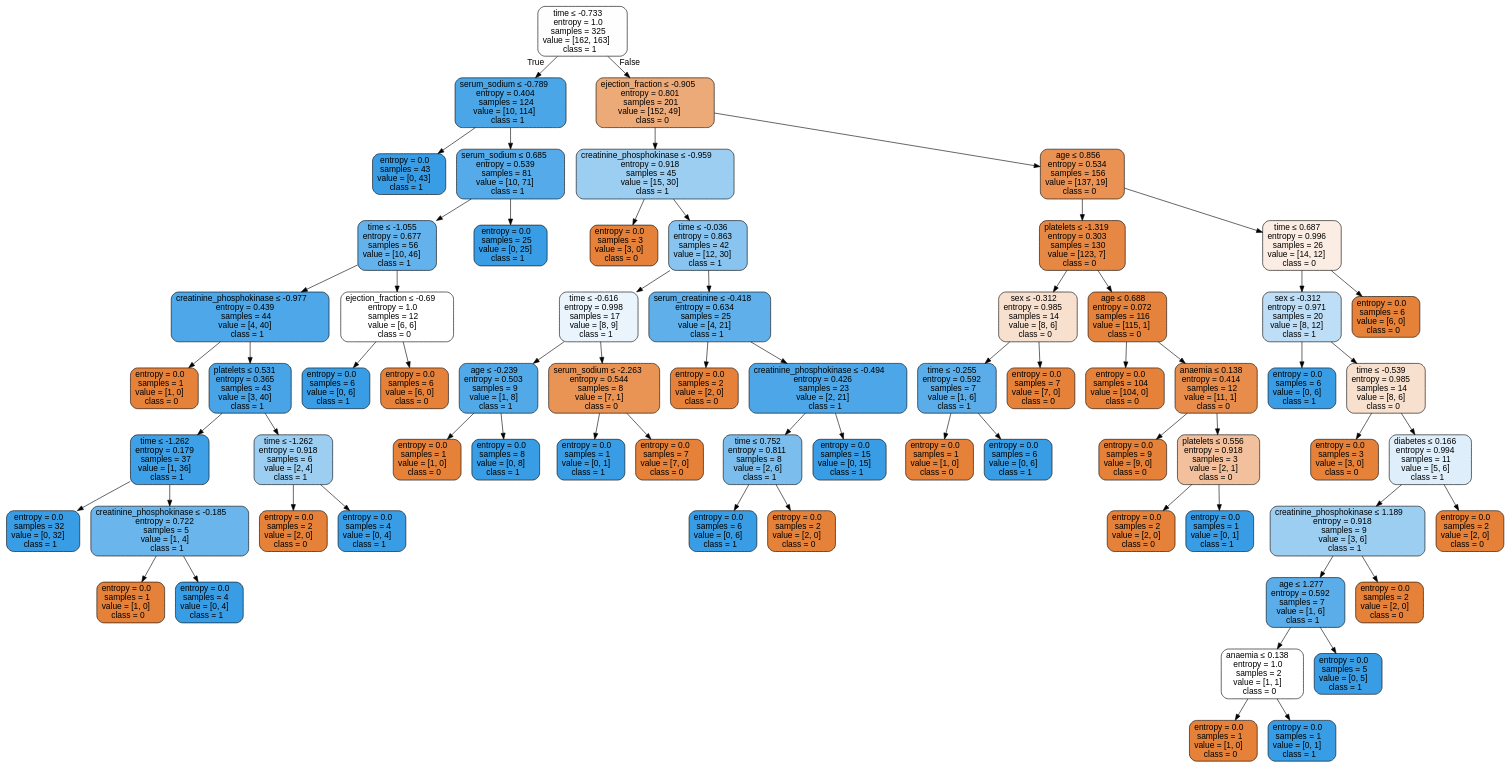
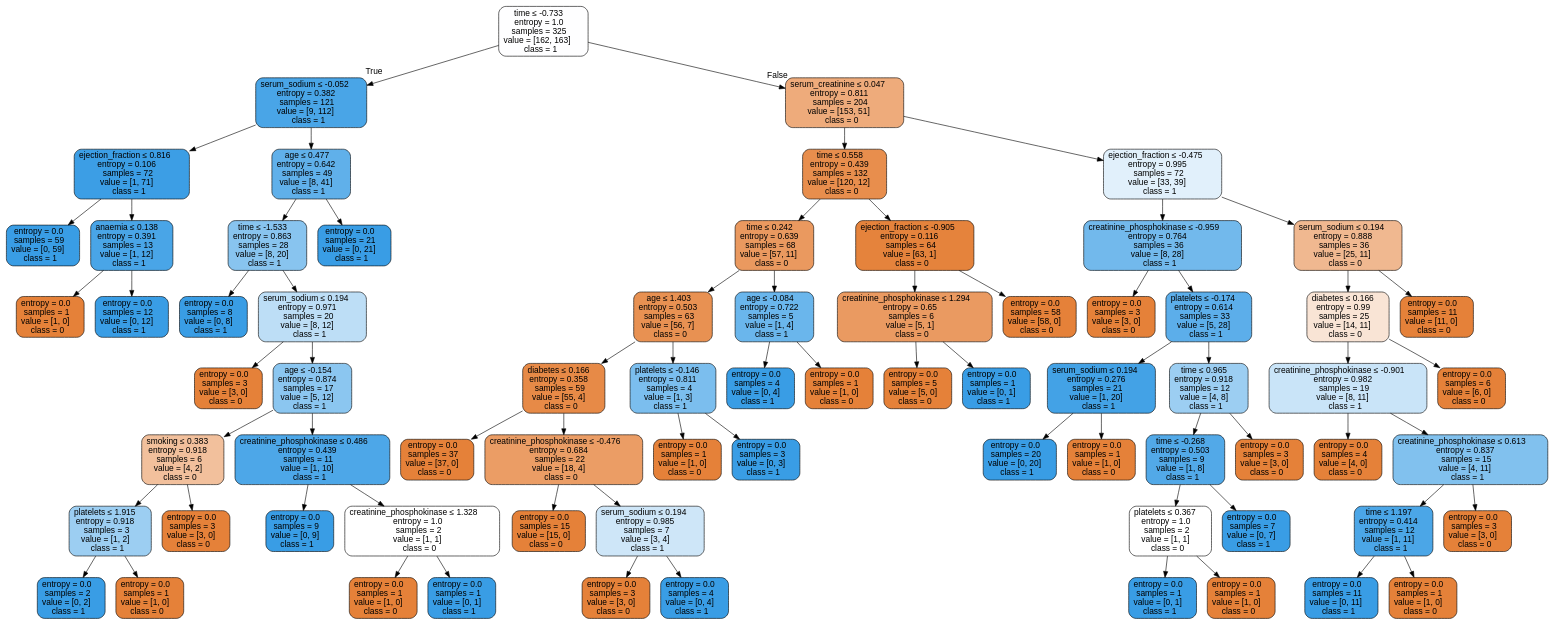
The diagram in Labs/Results/DecisionTrees/OverSample/HFCR - OverSample - dtree.dot (isabelSoares/CD-2021), drawn with Graphviz before and after one commit. The commit also changed 43 other files, not shown here.

```diff
--- a/Labs/Results/DecisionTrees/OverSample/HFCR - OverSample - dtree.dot
+++ b/Labs/Results/DecisionTrees/OverSample/HFCR - OverSample - dtree.dot
@@ -2,136 +2,144 @@
 node [shape=box, style="filled, rounded", color="black", fontname=helvetica] ;
 edge [fontname=helvetica] ;
 0 [label=<time &le; -0.733<br/>entropy = 1.0<br/>samples = 325<br/>value = [162, 163]<br/>class = 1>, fillcolor="#fefeff"] ;
-1 [label=<serum_sodium &le; -0.789<br/>entropy = 0.404<br/>samples = 124<br/>value = [10, 114]<br/>class = 1>, fillcolor="#4aa6e7"] ;
+1 [label=<serum_sodium &le; -0.052<br/>entropy = 0.382<br/>samples = 121<br/>value = [9, 112]<br/>class = 1>, fillcolor="#49a5e7"] ;
 0 -> 1 [labeldistance=2.5, labelangle=45, headlabel="True"] ;
-2 [label=<entropy = 0.0<br/>samples = 43<br/>value = [0, 43]<br/>class = 1>, fillcolor="#399de5"] ;
+2 [label=<ejection_fraction &le; 0.816<br/>entropy = 0.106<br/>samples = 72<br/>value = [1, 71]<br/>class = 1>, fillcolor="#3c9ee5"] ;
 1 -> 2 ;
-3 [label=<serum_sodium &le; 0.685<br/>entropy = 0.539<br/>samples = 81<br/>value = [10, 71]<br/>class = 1>, fillcolor="#55abe9"] ;
-1 -> 3 ;
-4 [label=<time &le; -1.055<br/>entropy = 0.677<br/>samples = 56<br/>value = [10, 46]<br/>class = 1>, fillcolor="#64b2eb"] ;
-3 -> 4 ;
-5 [label=<creatinine_phosphokinase &le; -0.977<br/>entropy = 0.439<br/>samples = 44<br/>value = [4, 40]<br/>class = 1>, fillcolor="#4da7e8"] ;
+3 [label=<entropy = 0.0<br/>samples = 59<br/>value = [0, 59]<br/>class = 1>, fillcolor="#399de5"] ;
+2 -> 3 ;
+4 [label=<anaemia &le; 0.138<br/>entropy = 0.391<br/>samples = 13<br/>value = [1, 12]<br/>class = 1>, fillcolor="#49a5e7"] ;
+2 -> 4 ;
+5 [label=<entropy = 0.0<br/>samples = 1<br/>value = [1, 0]<br/>class = 0>, fillcolor="#e58139"] ;
 4 -> 5 ;
-6 [label=<entropy = 0.0<br/>samples = 1<br/>value = [1, 0]<br/>class = 0>, fillcolor="#e58139"] ;
-5 -> 6 ;
-7 [label=<platelets &le; 0.531<br/>entropy = 0.365<br/>samples = 43<br/>value = [3, 40]<br/>class = 1>, fillcolor="#48a4e7"] ;
-5 -> 7 ;
-8 [label=<time &le; -1.262<br/>entropy = 0.179<br/>samples = 37<br/>value = [1, 36]<br/>class = 1>, fillcolor="#3ea0e6"] ;
+6 [label=<entropy = 0.0<br/>samples = 12<br/>value = [0, 12]<br/>class = 1>, fillcolor="#399de5"] ;
+4 -> 6 ;
+7 [label=<age &le; 0.477<br/>entropy = 0.642<br/>samples = 49<br/>value = [8, 41]<br/>class = 1>, fillcolor="#60b0ea"] ;
+1 -> 7 ;
+8 [label=<time &le; -1.533<br/>entropy = 0.863<br/>samples = 28<br/>value = [8, 20]<br/>class = 1>, fillcolor="#88c4ef"] ;
 7 -> 8 ;
-9 [label=<entropy = 0.0<br/>samples = 32<br/>value = [0, 32]<br/>class = 1>, fillcolor="#399de5"] ;
+9 [label=<entropy = 0.0<br/>samples = 8<br/>value = [0, 8]<br/>class = 1>, fillcolor="#399de5"] ;
 8 -> 9 ;
-10 [label=<creatinine_phosphokinase &le; -0.185<br/>entropy = 0.722<br/>samples = 5<br/>value = [1, 4]<br/>class = 1>, fillcolor="#6ab6ec"] ;
+10 [label=<serum_sodium &le; 0.194<br/>entropy = 0.971<br/>samples = 20<br/>value = [8, 12]<br/>class = 1>, fillcolor="#bddef6"] ;
 8 -> 10 ;
-11 [label=<entropy = 0.0<br/>samples = 1<br/>value = [1, 0]<br/>class = 0>, fillcolor="#e58139"] ;
+11 [label=<entropy = 0.0<br/>samples = 3<br/>value = [3, 0]<br/>class = 0>, fillcolor="#e58139"] ;
 10 -> 11 ;
-12 [label=<entropy = 0.0<br/>samples = 4<br/>value = [0, 4]<br/>class = 1>, fillcolor="#399de5"] ;
+12 [label=<age &le; -0.154<br/>entropy = 0.874<br/>samples = 17<br/>value = [5, 12]<br/>class = 1>, fillcolor="#8bc6f0"] ;
 10 -> 12 ;
-13 [label=<time &le; -1.262<br/>entropy = 0.918<br/>samples = 6<br/>value = [2, 4]<br/>class = 1>, fillcolor="#9ccef2"] ;
-7 -> 13 ;
-14 [label=<entropy = 0.0<br/>samples = 2<br/>value = [2, 0]<br/>class = 0>, fillcolor="#e58139"] ;
+13 [label=<smoking &le; 0.383<br/>entropy = 0.918<br/>samples = 6<br/>value = [4, 2]<br/>class = 0>, fillcolor="#f2c09c"] ;
+12 -> 13 ;
+14 [label=<platelets &le; 1.915<br/>entropy = 0.918<br/>samples = 3<br/>value = [1, 2]<br/>class = 1>, fillcolor="#9ccef2"] ;
 13 -> 14 ;
-15 [label=<entropy = 0.0<br/>samples = 4<br/>value = [0, 4]<br/>class = 1>, fillcolor="#399de5"] ;
-13 -> 15 ;
-16 [label=<ejection_fraction &le; -0.69<br/>entropy = 1.0<br/>samples = 12<br/>value = [6, 6]<br/>class = 0>, fillcolor="#ffffff"] ;
-4 -> 16 ;
-17 [label=<entropy = 0.0<br/>samples = 6<br/>value = [0, 6]<br/>class = 1>, fillcolor="#399de5"] ;
-16 -> 17 ;
-18 [label=<entropy = 0.0<br/>samples = 6<br/>value = [6, 0]<br/>class = 0>, fillcolor="#e58139"] ;
-16 -> 18 ;
-19 [label=<entropy = 0.0<br/>samples = 25<br/>value = [0, 25]<br/>class = 1>, fillcolor="#399de5"] ;
-3 -> 19 ;
-20 [label=<ejection_fraction &le; -0.905<br/>entropy = 0.801<br/>samples = 201<br/>value = [152, 49]<br/>class = 0>, fillcolor="#edaa79"] ;
-0 -> 20 [labeldistance=2.5, labelangle=-45, headlabel="False"] ;
-21 [label=<creatinine_phosphokinase &le; -0.959<br/>entropy = 0.918<br/>samples = 45<br/>value = [15, 30]<br/>class = 1>, fillcolor="#9ccef2"] ;
+15 [label=<entropy = 0.0<br/>samples = 2<br/>value = [0, 2]<br/>class = 1>, fillcolor="#399de5"] ;
+14 -> 15 ;
+16 [label=<entropy = 0.0<br/>samples = 1<br/>value = [1, 0]<br/>class = 0>, fillcolor="#e58139"] ;
+14 -> 16 ;
+17 [label=<entropy = 0.0<br/>samples = 3<br/>value = [3, 0]<br/>class = 0>, fillcolor="#e58139"] ;
+13 -> 17 ;
+18 [label=<creatinine_phosphokinase &le; 0.486<br/>entropy = 0.439<br/>samples = 11<br/>value = [1, 10]<br/>class = 1>, fillcolor="#4da7e8"] ;
+12 -> 18 ;
+19 [label=<entropy = 0.0<br/>samples = 9<br/>value = [0, 9]<br/>class = 1>, fillcolor="#399de5"] ;
+18 -> 19 ;
+20 [label=<creatinine_phosphokinase &le; 1.328<br/>entropy = 1.0<br/>samples = 2<br/>value = [1, 1]<br/>class = 0>, fillcolor="#ffffff"] ;
+18 -> 20 ;
+21 [label=<entropy = 0.0<br/>samples = 1<br/>value = [1, 0]<br/>class = 0>, fillcolor="#e58139"] ;
 20 -> 21 ;
-22 [label=<entropy = 0.0<br/>samples = 3<br/>value = [3, 0]<br/>class = 0>, fillcolor="#e58139"] ;
-21 -> 22 ;
-23 [label=<time &le; -0.036<br/>entropy = 0.863<br/>samples = 42<br/>value = [12, 30]<br/>class = 1>, fillcolor="#88c4ef"] ;
-21 -> 23 ;
-24 [label=<time &le; -0.616<br/>entropy = 0.998<br/>samples = 17<br/>value = [8, 9]<br/>class = 1>, fillcolor="#e9f4fc"] ;
-23 -> 24 ;
-25 [label=<age &le; -0.239<br/>entropy = 0.503<br/>samples = 9<br/>value = [1, 8]<br/>class = 1>, fillcolor="#52a9e8"] ;
+22 [label=<entropy = 0.0<br/>samples = 1<br/>value = [0, 1]<br/>class = 1>, fillcolor="#399de5"] ;
+20 -> 22 ;
+23 [label=<entropy = 0.0<br/>samples = 21<br/>value = [0, 21]<br/>class = 1>, fillcolor="#399de5"] ;
+7 -> 23 ;
+24 [label=<serum_creatinine &le; 0.047<br/>entropy = 0.811<br/>samples = 204<br/>value = [153, 51]<br/>class = 0>, fillcolor="#eeab7b"] ;
+0 -> 24 [labeldistance=2.5, labelangle=-45, headlabel="False"] ;
+25 [label=<time &le; 0.558<br/>entropy = 0.439<br/>samples = 132<br/>value = [120, 12]<br/>class = 0>, fillcolor="#e88e4d"] ;
 24 -> 25 ;
-26 [label=<entropy = 0.0<br/>samples = 1<br/>value = [1, 0]<br/>class = 0>, fillcolor="#e58139"] ;
+26 [label=<time &le; 0.242<br/>entropy = 0.639<br/>samples = 68<br/>value = [57, 11]<br/>class = 0>, fillcolor="#ea995f"] ;
 25 -> 26 ;
-27 [label=<entropy = 0.0<br/>samples = 8<br/>value = [0, 8]<br/>class = 1>, fillcolor="#399de5"] ;
-25 -> 27 ;
-28 [label=<serum_sodium &le; -2.263<br/>entropy = 0.544<br/>samples = 8<br/>value = [7, 1]<br/>class = 0>, fillcolor="#e99355"] ;
-24 -> 28 ;
-29 [label=<entropy = 0.0<br/>samples = 1<br/>value = [0, 1]<br/>class = 1>, fillcolor="#399de5"] ;
+27 [label=<age &le; 1.403<br/>entropy = 0.503<br/>samples = 63<br/>value = [56, 7]<br/>class = 0>, fillcolor="#e89152"] ;
+26 -> 27 ;
+28 [label=<diabetes &le; 0.166<br/>entropy = 0.358<br/>samples = 59<br/>value = [55, 4]<br/>class = 0>, fillcolor="#e78a47"] ;
+27 -> 28 ;
+29 [label=<entropy = 0.0<br/>samples = 37<br/>value = [37, 0]<br/>class = 0>, fillcolor="#e58139"] ;
 28 -> 29 ;
-30 [label=<entropy = 0.0<br/>samples = 7<br/>value = [7, 0]<br/>class = 0>, fillcolor="#e58139"] ;
+30 [label=<creatinine_phosphokinase &le; -0.476<br/>entropy = 0.684<br/>samples = 22<br/>value = [18, 4]<br/>class = 0>, fillcolor="#eb9d65"] ;
 28 -> 30 ;
-31 [label=<serum_creatinine &le; -0.418<br/>entropy = 0.634<br/>samples = 25<br/>value = [4, 21]<br/>class = 1>, fillcolor="#5fb0ea"] ;
-23 -> 31 ;
-32 [label=<entropy = 0.0<br/>samples = 2<br/>value = [2, 0]<br/>class = 0>, fillcolor="#e58139"] ;
-31 -> 32 ;
-33 [label=<creatinine_phosphokinase &le; -0.494<br/>entropy = 0.426<br/>samples = 23<br/>value = [2, 21]<br/>class = 1>, fillcolor="#4ca6e7"] ;
-31 -> 33 ;
-34 [label=<time &le; 0.752<br/>entropy = 0.811<br/>samples = 8<br/>value = [2, 6]<br/>class = 1>, fillcolor="#7bbeee"] ;
-33 -> 34 ;
-35 [label=<entropy = 0.0<br/>samples = 6<br/>value = [0, 6]<br/>class = 1>, fillcolor="#399de5"] ;
-34 -> 35 ;
-36 [label=<entropy = 0.0<br/>samples = 2<br/>value = [2, 0]<br/>class = 0>, fillcolor="#e58139"] ;
-34 -> 36 ;
-37 [label=<entropy = 0.0<br/>samples = 15<br/>value = [0, 15]<br/>class = 1>, fillcolor="#399de5"] ;
-33 -> 37 ;
-38 [label=<age &le; 0.856<br/>entropy = 0.534<br/>samples = 156<br/>value = [137, 19]<br/>class = 0>, fillcolor="#e99254"] ;
-20 -> 38 ;
-39 [label=<platelets &le; -1.319<br/>entropy = 0.303<br/>samples = 130<br/>value = [123, 7]<br/>class = 0>, fillcolor="#e68844"] ;
+31 [label=<entropy = 0.0<br/>samples = 15<br/>value = [15, 0]<br/>class = 0>, fillcolor="#e58139"] ;
+30 -> 31 ;
+32 [label=<serum_sodium &le; 0.194<br/>entropy = 0.985<br/>samples = 7<br/>value = [3, 4]<br/>class = 1>, fillcolor="#cee6f8"] ;
+30 -> 32 ;
+33 [label=<entropy = 0.0<br/>samples = 3<br/>value = [3, 0]<br/>class = 0>, fillcolor="#e58139"] ;
+32 -> 33 ;
+34 [label=<entropy = 0.0<br/>samples = 4<br/>value = [0, 4]<br/>class = 1>, fillcolor="#399de5"] ;
+32 -> 34 ;
+35 [label=<platelets &le; -0.146<br/>entropy = 0.811<br/>samples = 4<br/>value = [1, 3]<br/>class = 1>, fillcolor="#7bbeee"] ;
+27 -> 35 ;
+36 [label=<entropy = 0.0<br/>samples = 1<br/>value = [1, 0]<br/>class = 0>, fillcolor="#e58139"] ;
+35 -> 36 ;
+37 [label=<entropy = 0.0<br/>samples = 3<br/>value = [0, 3]<br/>class = 1>, fillcolor="#399de5"] ;
+35 -> 37 ;
+38 [label=<age &le; -0.084<br/>entropy = 0.722<br/>samples = 5<br/>value = [1, 4]<br/>class = 1>, fillcolor="#6ab6ec"] ;
+26 -> 38 ;
+39 [label=<entropy = 0.0<br/>samples = 4<br/>value = [0, 4]<br/>class = 1>, fillcolor="#399de5"] ;
 38 -> 39 ;
-40 [label=<sex &le; -0.312<br/>entropy = 0.985<br/>samples = 14<br/>value = [8, 6]<br/>class = 0>, fillcolor="#f8e0ce"] ;
-39 -> 40 ;
-41 [label=<time &le; -0.255<br/>entropy = 0.592<br/>samples = 7<br/>value = [1, 6]<br/>class = 1>, fillcolor="#5aade9"] ;
-40 -> 41 ;
-42 [label=<entropy = 0.0<br/>samples = 1<br/>value = [1, 0]<br/>class = 0>, fillcolor="#e58139"] ;
+40 [label=<entropy = 0.0<br/>samples = 1<br/>value = [1, 0]<br/>class = 0>, fillcolor="#e58139"] ;
+38 -> 40 ;
+41 [label=<ejection_fraction &le; -0.905<br/>entropy = 0.116<br/>samples = 64<br/>value = [63, 1]<br/>class = 0>, fillcolor="#e5833c"] ;
+25 -> 41 ;
+42 [label=<creatinine_phosphokinase &le; 1.294<br/>entropy = 0.65<br/>samples = 6<br/>value = [5, 1]<br/>class = 0>, fillcolor="#ea9a61"] ;
 41 -> 42 ;
-43 [label=<entropy = 0.0<br/>samples = 6<br/>value = [0, 6]<br/>class = 1>, fillcolor="#399de5"] ;
-41 -> 43 ;
-44 [label=<entropy = 0.0<br/>samples = 7<br/>value = [7, 0]<br/>class = 0>, fillcolor="#e58139"] ;
-40 -> 44 ;
-45 [label=<age &le; 0.688<br/>entropy = 0.072<br/>samples = 116<br/>value = [115, 1]<br/>class = 0>, fillcolor="#e5823b"] ;
-39 -> 45 ;
-46 [label=<entropy = 0.0<br/>samples = 104<br/>value = [104, 0]<br/>class = 0>, fillcolor="#e58139"] ;
-45 -> 46 ;
-47 [label=<anaemia &le; 0.138<br/>entropy = 0.414<br/>samples = 12<br/>value = [11, 1]<br/>class = 0>, fillcolor="#e78c4b"] ;
-45 -> 47 ;
-48 [label=<entropy = 0.0<br/>samples = 9<br/>value = [9, 0]<br/>class = 0>, fillcolor="#e58139"] ;
+43 [label=<entropy = 0.0<br/>samples = 5<br/>value = [5, 0]<br/>class = 0>, fillcolor="#e58139"] ;
+42 -> 43 ;
+44 [label=<entropy = 0.0<br/>samples = 1<br/>value = [0, 1]<br/>class = 1>, fillcolor="#399de5"] ;
+42 -> 44 ;
+45 [label=<entropy = 0.0<br/>samples = 58<br/>value = [58, 0]<br/>class = 0>, fillcolor="#e58139"] ;
+41 -> 45 ;
+46 [label=<ejection_fraction &le; -0.475<br/>entropy = 0.995<br/>samples = 72<br/>value = [33, 39]<br/>class = 1>, fillcolor="#e1f0fb"] ;
+24 -> 46 ;
+47 [label=<creatinine_phosphokinase &le; -0.959<br/>entropy = 0.764<br/>samples = 36<br/>value = [8, 28]<br/>class = 1>, fillcolor="#72b9ec"] ;
+46 -> 47 ;
+48 [label=<entropy = 0.0<br/>samples = 3<br/>value = [3, 0]<br/>class = 0>, fillcolor="#e58139"] ;
 47 -> 48 ;
-49 [label=<platelets &le; 0.556<br/>entropy = 0.918<br/>samples = 3<br/>value = [2, 1]<br/>class = 0>, fillcolor="#f2c09c"] ;
+49 [label=<platelets &le; -0.174<br/>entropy = 0.614<br/>samples = 33<br/>value = [5, 28]<br/>class = 1>, fillcolor="#5caeea"] ;
 47 -> 49 ;
-50 [label=<entropy = 0.0<br/>samples = 2<br/>value = [2, 0]<br/>class = 0>, fillcolor="#e58139"] ;
+50 [label=<serum_sodium &le; 0.194<br/>entropy = 0.276<br/>samples = 21<br/>value = [1, 20]<br/>class = 1>, fillcolor="#43a2e6"] ;
 49 -> 50 ;
-51 [label=<entropy = 0.0<br/>samples = 1<br/>value = [0, 1]<br/>class = 1>, fillcolor="#399de5"] ;
-49 -> 51 ;
-52 [label=<time &le; 0.687<br/>entropy = 0.996<br/>samples = 26<br/>value = [14, 12]<br/>class = 0>, fillcolor="#fbede3"] ;
-38 -> 52 ;
-53 [label=<sex &le; -0.312<br/>entropy = 0.971<br/>samples = 20<br/>value = [8, 12]<br/>class = 1>, fillcolor="#bddef6"] ;
-52 -> 53 ;
-54 [label=<entropy = 0.0<br/>samples = 6<br/>value = [0, 6]<br/>class = 1>, fillcolor="#399de5"] ;
+51 [label=<entropy = 0.0<br/>samples = 20<br/>value = [0, 20]<br/>class = 1>, fillcolor="#399de5"] ;
+50 -> 51 ;
+52 [label=<entropy = 0.0<br/>samples = 1<br/>value = [1, 0]<br/>class = 0>, fillcolor="#e58139"] ;
+50 -> 52 ;
+53 [label=<time &le; 0.965<br/>entropy = 0.918<br/>samples = 12<br/>value = [4, 8]<br/>class = 1>, fillcolor="#9ccef2"] ;
+49 -> 53 ;
+54 [label=<time &le; -0.268<br/>entropy = 0.503<br/>samples = 9<br/>value = [1, 8]<br/>class = 1>, fillcolor="#52a9e8"] ;
 53 -> 54 ;
-55 [label=<time &le; -0.539<br/>entropy = 0.985<br/>samples = 14<br/>value = [8, 6]<br/>class = 0>, fillcolor="#f8e0ce"] ;
-53 -> 55 ;
-56 [label=<entropy = 0.0<br/>samples = 3<br/>value = [3, 0]<br/>class = 0>, fillcolor="#e58139"] ;
+55 [label=<platelets &le; 0.367<br/>entropy = 1.0<br/>samples = 2<br/>value = [1, 1]<br/>class = 0>, fillcolor="#ffffff"] ;
+54 -> 55 ;
+56 [label=<entropy = 0.0<br/>samples = 1<br/>value = [0, 1]<br/>class = 1>, fillcolor="#399de5"] ;
 55 -> 56 ;
-57 [label=<diabetes &le; 0.166<br/>entropy = 0.994<br/>samples = 11<br/>value = [5, 6]<br/>class = 1>, fillcolor="#deeffb"] ;
+57 [label=<entropy = 0.0<br/>samples = 1<br/>value = [1, 0]<br/>class = 0>, fillcolor="#e58139"] ;
 55 -> 57 ;
-58 [label=<creatinine_phosphokinase &le; 1.189<br/>entropy = 0.918<br/>samples = 9<br/>value = [3, 6]<br/>class = 1>, fillcolor="#9ccef2"] ;
-57 -> 58 ;
-59 [label=<age &le; 1.277<br/>entropy = 0.592<br/>samples = 7<br/>value = [1, 6]<br/>class = 1>, fillcolor="#5aade9"] ;
-58 -> 59 ;
-60 [label=<anaemia &le; 0.138<br/>entropy = 1.0<br/>samples = 2<br/>value = [1, 1]<br/>class = 0>, fillcolor="#ffffff"] ;
-59 -> 60 ;
-61 [label=<entropy = 0.0<br/>samples = 1<br/>value = [1, 0]<br/>class = 0>, fillcolor="#e58139"] ;
+58 [label=<entropy = 0.0<br/>samples = 7<br/>value = [0, 7]<br/>class = 1>, fillcolor="#399de5"] ;
+54 -> 58 ;
+59 [label=<entropy = 0.0<br/>samples = 3<br/>value = [3, 0]<br/>class = 0>, fillcolor="#e58139"] ;
+53 -> 59 ;
+60 [label=<serum_sodium &le; 0.194<br/>entropy = 0.888<br/>samples = 36<br/>value = [25, 11]<br/>class = 0>, fillcolor="#f0b890"] ;
+46 -> 60 ;
+61 [label=<diabetes &le; 0.166<br/>entropy = 0.99<br/>samples = 25<br/>value = [14, 11]<br/>class = 0>, fillcolor="#f9e4d5"] ;
 60 -> 61 ;
-62 [label=<entropy = 0.0<br/>samples = 1<br/>value = [0, 1]<br/>class = 1>, fillcolor="#399de5"] ;
-60 -> 62 ;
-63 [label=<entropy = 0.0<br/>samples = 5<br/>value = [0, 5]<br/>class = 1>, fillcolor="#399de5"] ;
-59 -> 63 ;
-64 [label=<entropy = 0.0<br/>samples = 2<br/>value = [2, 0]<br/>class = 0>, fillcolor="#e58139"] ;
-58 -> 64 ;
-65 [label=<entropy = 0.0<br/>samples = 2<br/>value = [2, 0]<br/>class = 0>, fillcolor="#e58139"] ;
-57 -> 65 ;
-66 [label=<entropy = 0.0<br/>samples = 6<br/>value = [6, 0]<br/>class = 0>, fillcolor="#e58139"] ;
-52 -> 66 ;
+62 [label=<creatinine_phosphokinase &le; -0.901<br/>entropy = 0.982<br/>samples = 19<br/>value = [8, 11]<br/>class = 1>, fillcolor="#c9e4f8"] ;
+61 -> 62 ;
+63 [label=<entropy = 0.0<br/>samples = 4<br/>value = [4, 0]<br/>class = 0>, fillcolor="#e58139"] ;
+62 -> 63 ;
+64 [label=<creatinine_phosphokinase &le; 0.613<br/>entropy = 0.837<br/>samples = 15<br/>value = [4, 11]<br/>class = 1>, fillcolor="#81c1ee"] ;
+62 -> 64 ;
+65 [label=<time &le; 1.197<br/>entropy = 0.414<br/>samples = 12<br/>value = [1, 11]<br/>class = 1>, fillcolor="#4ba6e7"] ;
+64 -> 65 ;
+66 [label=<entropy = 0.0<br/>samples = 11<br/>value = [0, 11]<br/>class = 1>, fillcolor="#399de5"] ;
+65 -> 66 ;
+67 [label=<entropy = 0.0<br/>samples = 1<br/>value = [1, 0]<br/>class = 0>, fillcolor="#e58139"] ;
+65 -> 67 ;
+68 [label=<entropy = 0.0<br/>samples = 3<br/>value = [3, 0]<br/>class = 0>, fillcolor="#e58139"] ;
+64 -> 68 ;
+69 [label=<entropy = 0.0<br/>samples = 6<br/>value = [6, 0]<br/>class = 0>, fillcolor="#e58139"] ;
+61 -> 69 ;
+70 [label=<entropy = 0.0<br/>samples = 11<br/>value = [11, 0]<br/>class = 0>, fillcolor="#e58139"] ;
+60 -> 70 ;
 }
```
